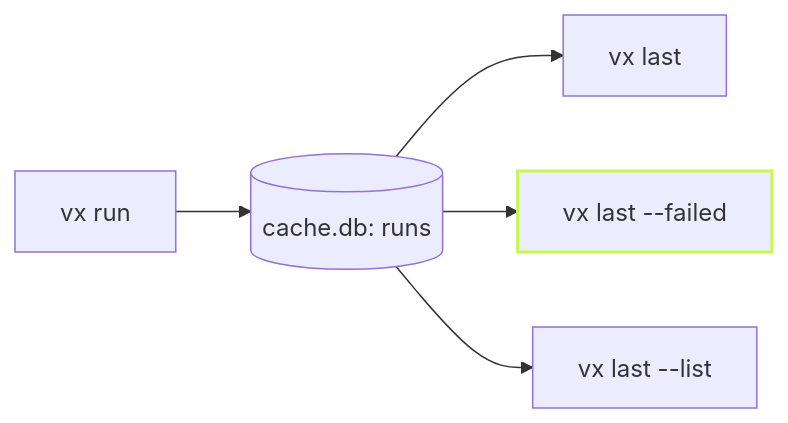
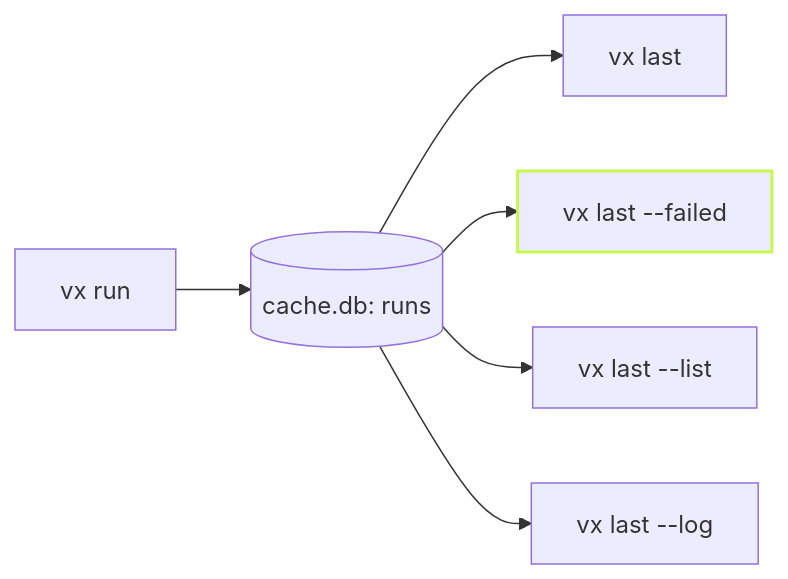
One commit to vznjs/vx changed the diagram in packages/vx-docs/src/content/docs/blog/vx-last.md. Above: the diagram before and after it, drawn with Mermaid. The commit also changed other lines of this file and 30 other files, not shown here.

First line of the commit message:
feat(cli): read one task's output with vx last --log and getTaskLog

````diff
--- a/packages/vx-docs/src/content/docs/blog/vx-last.md
+++ b/packages/vx-docs/src/content/docs/blog/vx-last.md
@@ -66,8 +79,9 @@
 ```mermaid
 flowchart LR
   RUN["vx run"] --> DB[("cache.db: runs")]
   DB --> LAST["vx last"]
   DB --> FAILED["vx last --failed"]
   DB --> LIST["vx last --list"]
+  DB --> LOG["vx last --log"]
   style FAILED stroke:#c6f84e,stroke-width:2px
 ```
````
